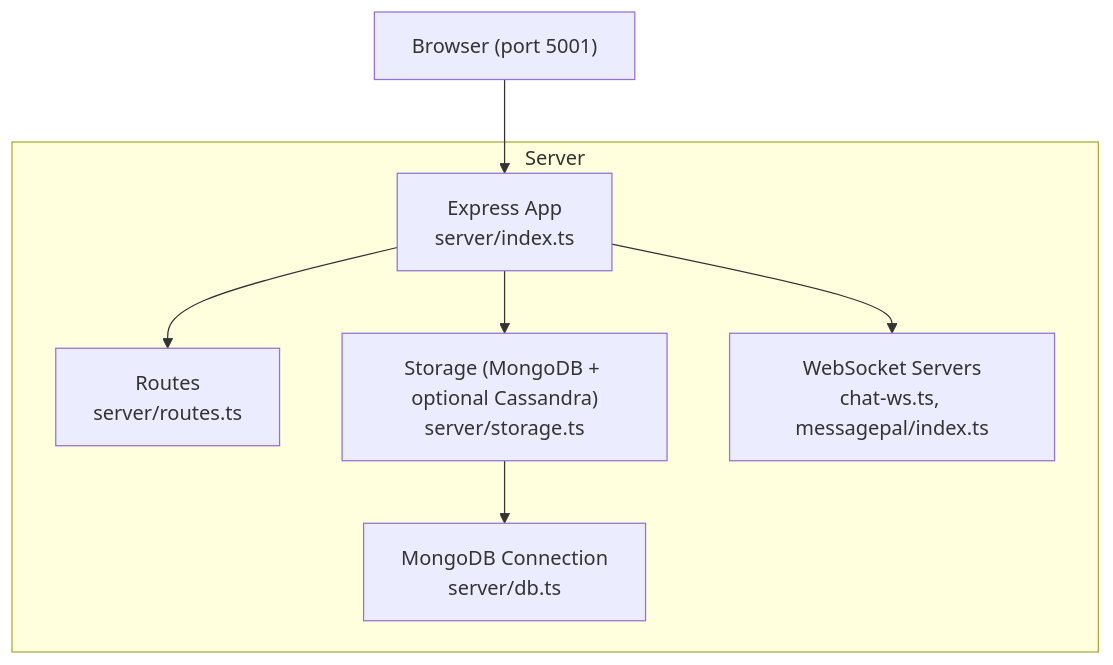
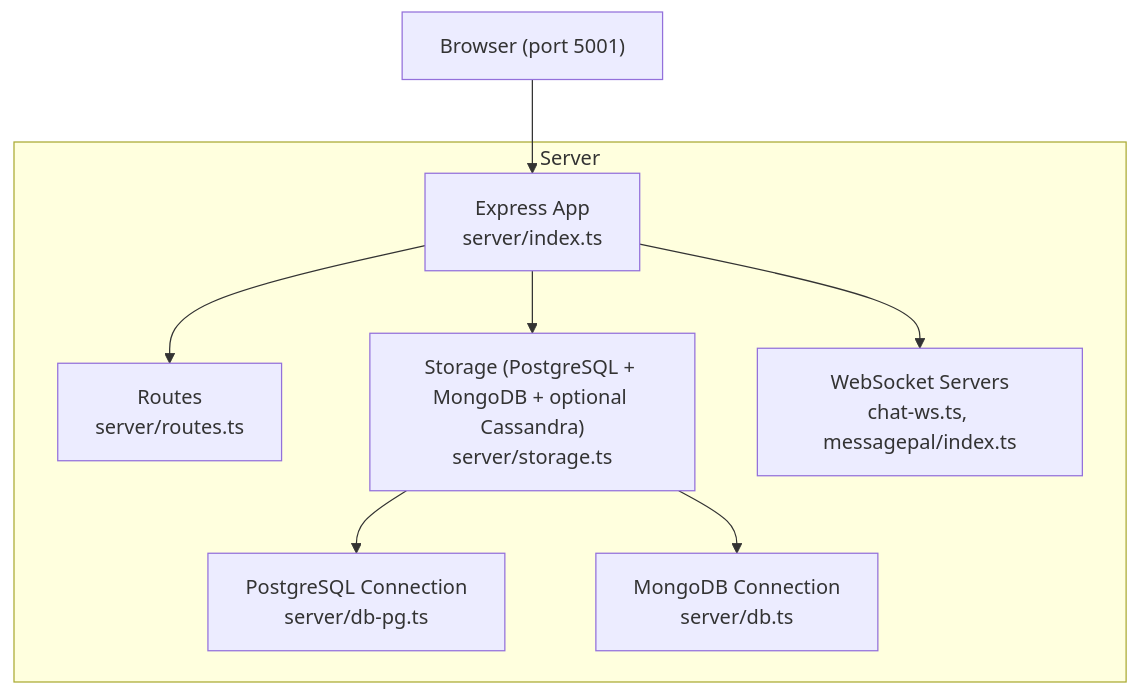
The second of 5 diagrams in docs/code-wiki/content/Getting Started.md (nitishssh/Class-mode), drawn with Mermaid before and after one commit. The commit also changed other lines of this file and 4 other files, not shown here.

Commit message:
docs: update architecture documentation to reflect PostgreSQL integration, local authentication, and multi-provider AI features

````diff
--- a/docs/code-wiki/content/Getting Started.md
+++ b/docs/code-wiki/content/Getting Started.md
@@ -125,16 +125,18 @@
 ```mermaid
 graph TB
 Browser["Browser (port 5001)"]
 subgraph "Server"
 Express["Express App<br/>server/index.ts"]
 Routes["Routes<br/>server/routes.ts"]
-Storage["Storage (MongoDB + optional Cassandra)<br/>server/storage.ts"]
-DB["MongoDB Connection<br/>server/db.ts"]
+Storage["Storage (PostgreSQL + MongoDB + optional Cassandra)<br/>server/storage.ts"]
+DB_PG["PostgreSQL Connection<br/>server/db-pg.ts"]
+DB_Mongo["MongoDB Connection<br/>server/db.ts"]
 WS["WebSocket Servers<br/>chat-ws.ts, messagepal/index.ts"]
 end
 Browser --> Express
 Express --> Routes
 Express --> Storage
-Storage --> DB
+Storage --> DB_PG
+Storage --> DB_Mongo
 Express --> WS
 ```
````
